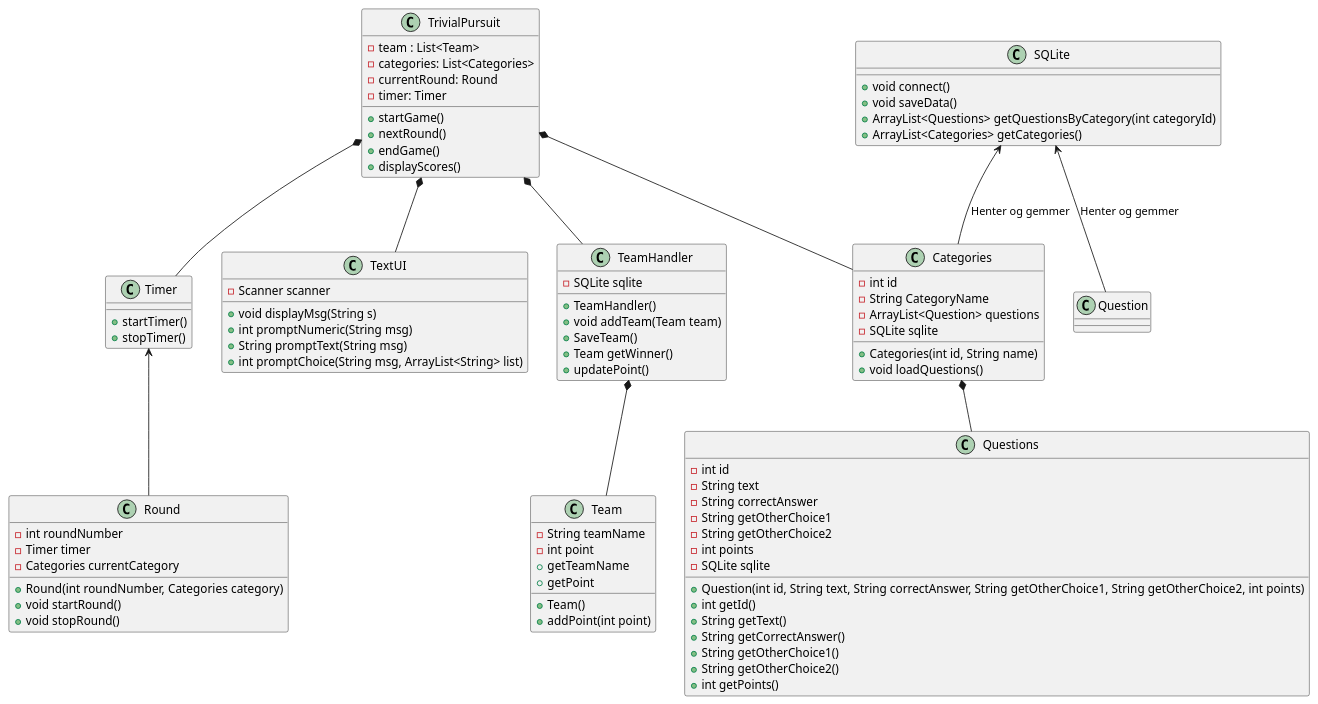
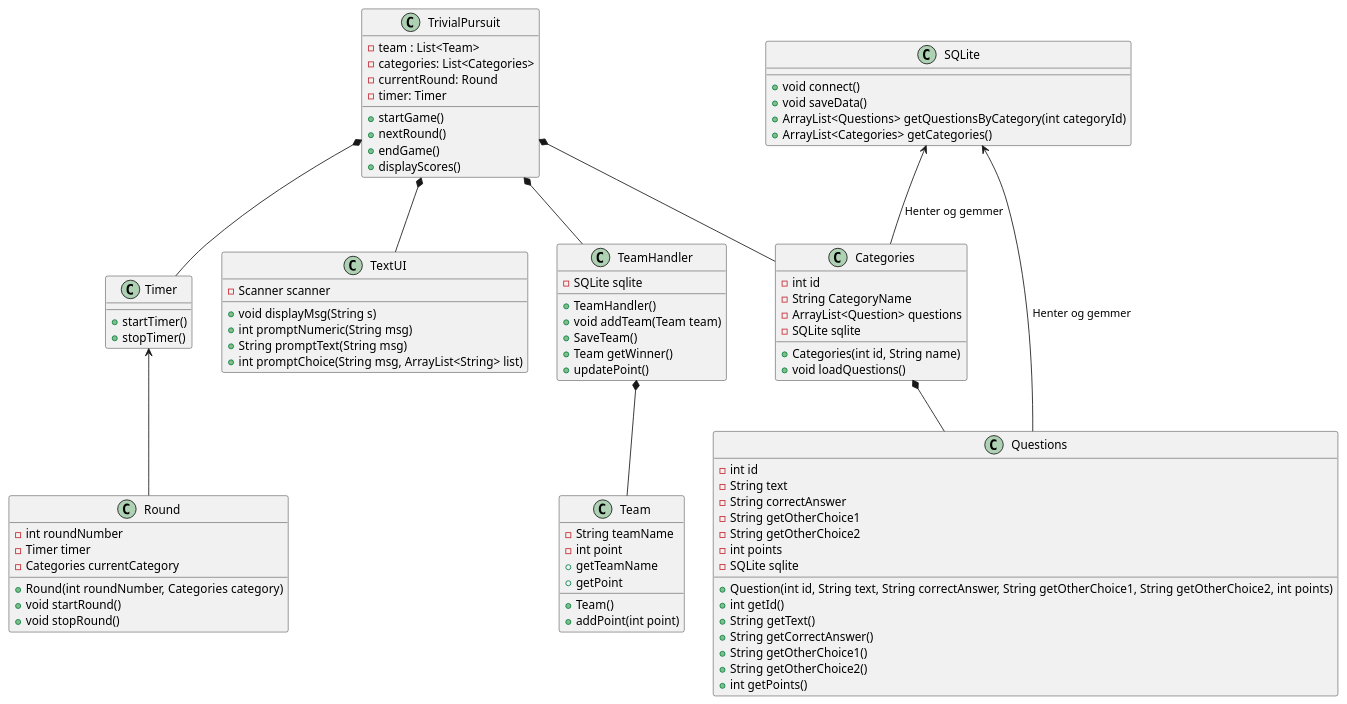
One commit to suzi558/ICE-project changed the diagram in UML/UML V1.puml. Above: the diagram before and after it, drawn with PlantUML.

Commit message:
ændrig i klass diagram

```diff
--- a/UML/UML V1.puml
+++ b/UML/UML V1.puml
@@ -1,88 +1,88 @@
 @startuml
 Class TrivialPursuit{
 -team : List<Team>
 -categories: List<Categories>
 -currentRound: Round
 - timer: Timer
 + startGame()
 + nextRound()
 + endGame()
 + displayScores()
 }
 Class Categories{
 -int id
 -String CategoryName
 -ArrayList<Question> questions
 -SQLite sqlite
 +Categories(int id, String name)
 + void loadQuestions()
 }
 Class Team{
 - String teamName
 -int point
 +Team()
 +addPoint(int point)
 +getTeamName
 +getPoint
 
 }
 Class TeamHandler{
 -SQLite sqlite
 +TeamHandler()
 +void addTeam(Team team)
 +SaveTeam()
 +Team getWinner()
 +updatePoint()
 }
 Class Timer{
 +startTimer()
 +stopTimer()
 }
 Class Questions{
 -int id
 -String text
 -String correctAnswer
 -String getOtherChoice1
 -String getOtherChoice2
 -int points
 -SQLite sqlite
 +Question(int id, String text, String correctAnswer, String getOtherChoice1, String getOtherChoice2, int points)
 +int getId()
 +String getText()
 +String getCorrectAnswer()
 +String getOtherChoice1()
 +String getOtherChoice2()
 +int getPoints()
 }
 Class SQLite{
 +void connect()
 +void saveData()
 +ArrayList<Questions> getQuestionsByCategory(int categoryId)
 +ArrayList<Categories> getCategories()
 }
 Class TextUI{
 - Scanner scanner
 + void displayMsg(String s)
 + int promptNumeric(String msg)
 + String promptText(String msg)
 + int promptChoice(String msg, ArrayList<String> list)
 }
 Class Round{
  -int roundNumber
   -Timer timer
   -Categories currentCategory
   +Round(int roundNumber, Categories category)
   +void startRound()
   +void stopRound()
 }
 TrivialPursuit *-- Categories
 TrivialPursuit *-- TeamHandler
 TrivialPursuit *-- Timer
 TrivialPursuit *-- TextUI
 
 Categories *-- Questions
 TeamHandler *-- Team
 SQLite <-- Categories : "Henter og gemmer"
-SQLite <-- Question : "Henter og gemmer"
+SQLite <-- Questions : "Henter og gemmer"
 Timer <-- Round
 @enduml
```
